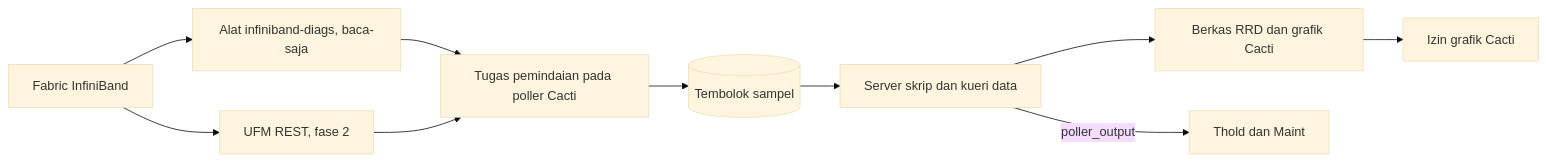
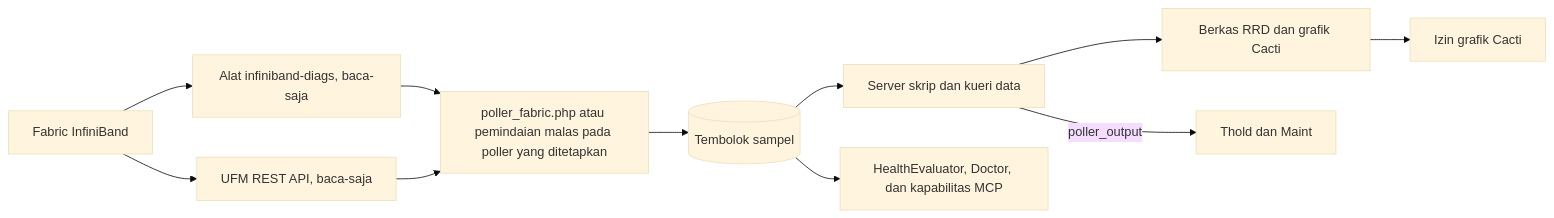
One commit to somethingwithproof/plugin_fabric changed the diagram in docs/i18n/id-ID/README.md. Above: the diagram before and after it, drawn with Mermaid (base theme). The commit also changed other lines of this file and 48 other files, not shown here.

````diff
--- a/docs/i18n/id-ID/README.md
+++ b/docs/i18n/id-ID/README.md
@@ -102,12 +132,13 @@
 ```mermaid
 flowchart LR
     F[Fabric InfiniBand] --> T[Alat infiniband-diags, baca-saja]
-    F --> U[UFM REST, fase 2]
-    T --> S[Tugas pemindaian pada poller Cacti]
+    F --> U[UFM REST API, baca-saja]
+    T --> S[poller_fabric.php atau pemindaian malas pada poller yang ditetapkan]
     U --> S
     S --> C[(Tembolok sampel)]
     C --> SS[Server skrip dan kueri data]
     SS --> R[Berkas RRD dan grafik Cacti]
     SS -->|poller_output| TH[Thold dan Maint]
+    C --> H[HealthEvaluator, Doctor, dan kapabilitas MCP]
     R --> P[Izin grafik Cacti]
 ```
````
